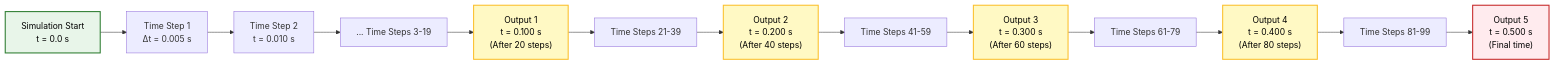
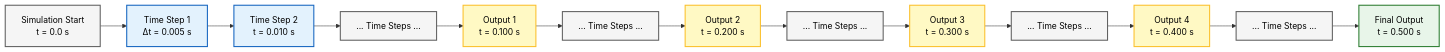
Before and after one commit to wramet/build-my-cfd: the fourth of 5 diagrams in MODULE_01_CFD_FUNDAMENTALS/CONTENT/04_FIRST_SIMULATION/04_Step-by-Step_Tutorial.md, drawn with Mermaid. The commit also changed other lines of this file and 313 other files, not shown here.

Commit message:
Revise all diagram

````diff
--- a/MODULE_01_CFD_FUNDAMENTALS/CONTENT/04_FIRST_SIMULATION/04_Step-by-Step_Tutorial.md
+++ b/MODULE_01_CFD_FUNDAMENTALS/CONTENT/04_FIRST_SIMULATION/04_Step-by-Step_Tutorial.md
@@ -556,22 +562,20 @@
 ```mermaid
-graph LR
-    A["Simulation Start<br/>t = 0.0 s"] --> B["Time Step 1<br/>Δt = 0.005 s"]
-    B --> C["Time Step 2<br/>t = 0.010 s"]
-    C --> D["... Time Steps 3-19"]
-    D --> E["Output 1<br/>t = 0.100 s<br/>(After 20 steps)"]
-    E --> F["Time Steps 21-39"]
-    F --> G["Output 2<br/>t = 0.200 s<br/>(After 40 steps)"]
-    G --> H["Time Steps 41-59"]
-    H --> I["Output 3<br/>t = 0.300 s<br/>(After 60 steps)"]
-    I --> J["Time Steps 61-79"]
-    J --> K["Output 4<br/>t = 0.400 s<br/>(After 80 steps)"]
-    K --> L["Time Steps 81-99"]
-    L --> M["Output 5<br/>t = 0.500 s<br/>(Final time)"]
-
-    style A fill:#e8f5e9,stroke:#2e7d32,stroke-width:2px,color:#000
-    style M fill:#ffebee,stroke:#c62828,stroke-width:2px,color:#000
-    style E fill:#fff9c4,stroke:#fbc02d,stroke-width:2px,color:#000
-    style G fill:#fff9c4,stroke:#fbc02d,stroke-width:2px,color:#000
-    style I fill:#fff9c4,stroke:#fbc02d,stroke-width:2px,color:#000
-    style K fill:#fff9c4,stroke:#fbc02d,stroke-width:2px,color:#000
+flowchart LR
+    A["Simulation Start<br/>t = 0.0 s"]:::context --> B["Time Step 1<br/>Δt = 0.005 s"]:::implicit
+    B --> C["Time Step 2<br/>t = 0.010 s"]:::implicit
+    C --> D["... Time Steps ..."]:::context
+    D --> E["Output 1<br/>t = 0.100 s"]:::explicit
+    E --> F["... Time Steps ..."]:::context
+    F --> G["Output 2<br/>t = 0.200 s"]:::explicit
+    G --> H["... Time Steps ..."]:::context
+    H --> I["Output 3<br/>t = 0.300 s"]:::explicit
+    I --> J["... Time Steps ..."]:::context
+    J --> K["Output 4<br/>t = 0.400 s"]:::explicit
+    K --> L["... Time Steps ..."]:::context
+    L --> M["Final Output<br/>t = 0.500 s"]:::success
+    
+    classDef context fill:#f5f5f5,stroke:#616161,stroke-width:2px,color:#000;
+    classDef implicit fill:#e3f2fd,stroke:#1565c0,stroke-width:2px,color:#000;
+    classDef explicit fill:#fff9c4,stroke:#fbc02d,stroke-width:2px,color:#000;
+    classDef success fill:#e8f5e9,stroke:#2e7d32,stroke-width:2px,color:#000;
 ```
````
